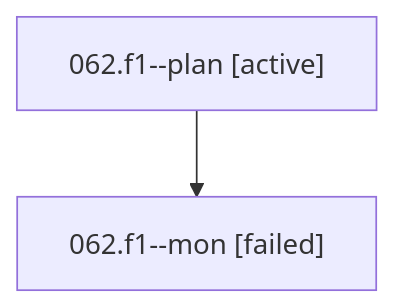
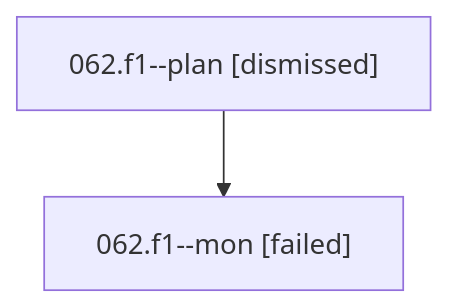
One commit to sase-org/sase--agents changed the diagram in sessions/bbugyi200.athena.062.f1.md. Above: the diagram before and after it, drawn with Mermaid. The commit also changed other lines of this file and 41 other files, not shown here.

````diff
--- a/sessions/bbugyi200.athena.062.f1.md
+++ b/sessions/bbugyi200.athena.062.f1.md
@@ -9,6 +9,6 @@
 ```mermaid
 flowchart TD
-  n0["062.f1--plan [active]"]
+  n0["062.f1--plan [dismissed]"]
   n1["062.f1--mon [failed]"]
   n0 --> n1
 ```
````
